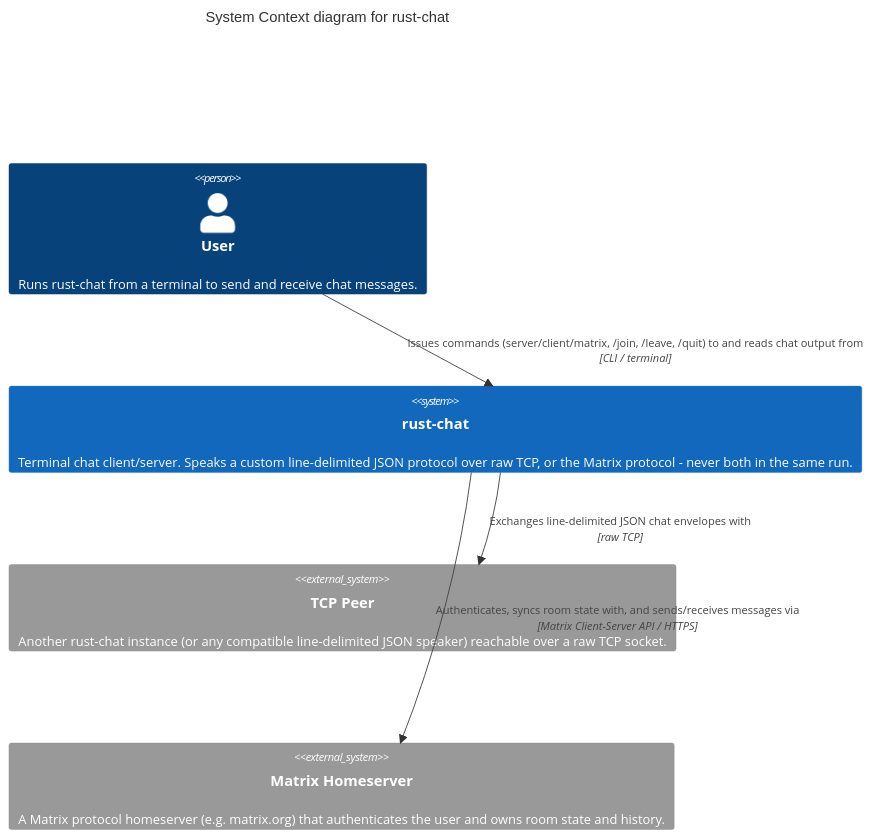
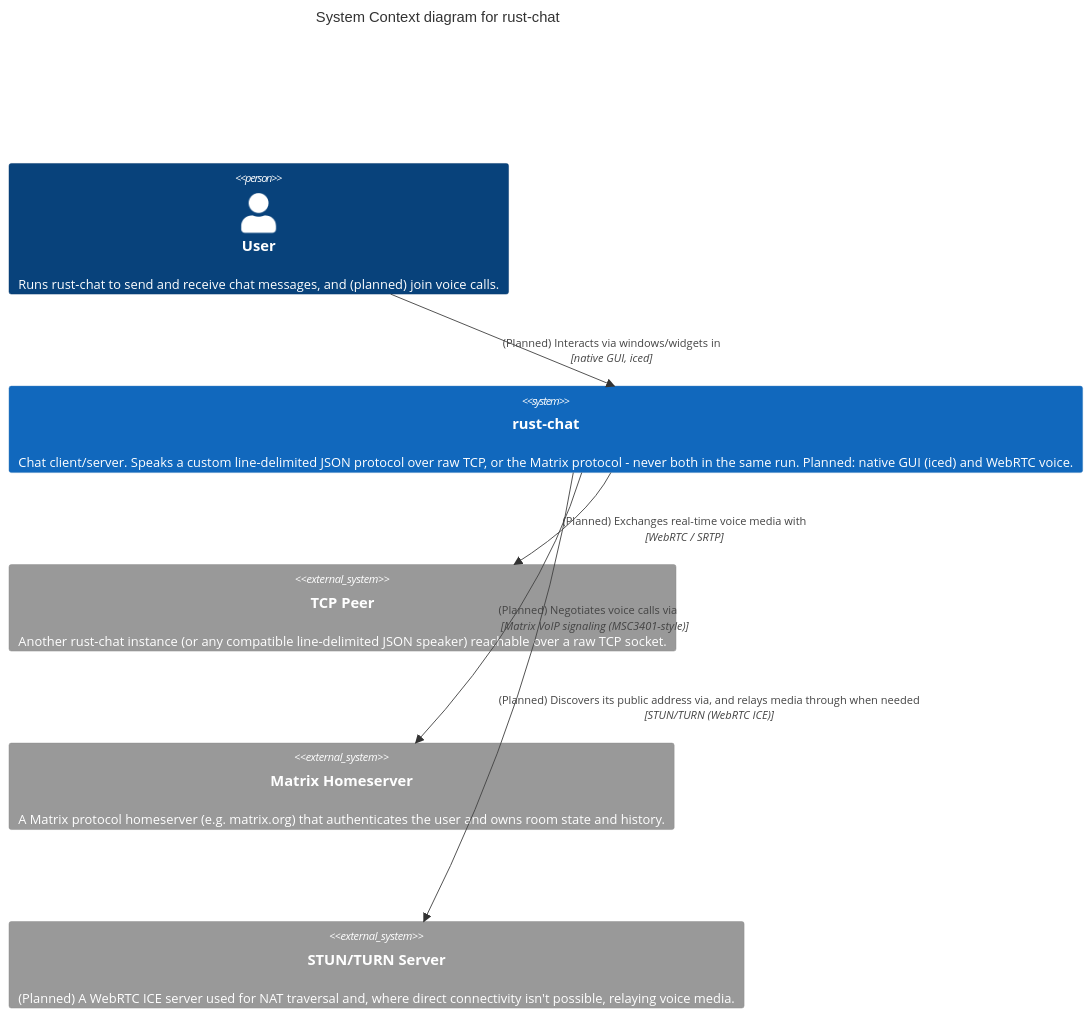
The diagram in docs/architecture/01-context.md (kolin-newby/rust-chat), drawn with Mermaid before and after one commit. The commit also changed other lines of this file and 2 other files, not shown here.

First line of the commit message:
docs(architecture): plan iced frontend and WebRTC voice across C4 levels

````diff
--- a/docs/architecture/01-context.md
+++ b/docs/architecture/01-context.md
@@ -15,13 +17,18 @@
 ```mermaid
 C4Context
     title System Context diagram for rust-chat
 
-    Person(user, "User", "Runs rust-chat from a terminal to send and receive chat messages.")
-    System(rust_chat, "rust-chat", "Terminal chat client/server. Speaks a custom line-delimited JSON protocol over raw TCP, or the Matrix protocol - never both in the same run.")
+    Person(user, "User", "Runs rust-chat to send and receive chat messages, and (planned) join voice calls.")
+    System(rust_chat, "rust-chat", "Chat client/server. Speaks a custom line-delimited JSON protocol over raw TCP, or the Matrix protocol - never both in the same run. Planned: native GUI (iced) and WebRTC voice.")
     System_Ext(tcp_peer, "TCP Peer", "Another rust-chat instance (or any compatible line-delimited JSON speaker) reachable over a raw TCP socket.")
     System_Ext(matrix_homeserver, "Matrix Homeserver", "A Matrix protocol homeserver (e.g. matrix.org) that authenticates the user and owns room state and history.")
+    System_Ext(stun_turn, "STUN/TURN Server", "(Planned) A WebRTC ICE server used for NAT traversal and, where direct connectivity isn't possible, relaying voice media.")
 
     Rel(user, rust_chat, "Issues commands (server/client/matrix, /join, /leave, /quit) to and reads chat output from", "CLI / terminal")
+    Rel(user, rust_chat, "(Planned) Interacts via windows/widgets in", "native GUI, iced")
     Rel(rust_chat, tcp_peer, "Exchanges line-delimited JSON chat envelopes with", "raw TCP")
+    Rel(rust_chat, tcp_peer, "(Planned) Exchanges real-time voice media with", "WebRTC / SRTP")
     Rel(rust_chat, matrix_homeserver, "Authenticates, syncs room state with, and sends/receives messages via", "Matrix Client-Server API / HTTPS")
+    Rel(rust_chat, matrix_homeserver, "(Planned) Negotiates voice calls via", "Matrix VoIP signaling (MSC3401-style)")
+    Rel(rust_chat, stun_turn, "(Planned) Discovers its public address via, and relays media through when needed", "STUN/TURN (WebRTC ICE)")
 ```
````
